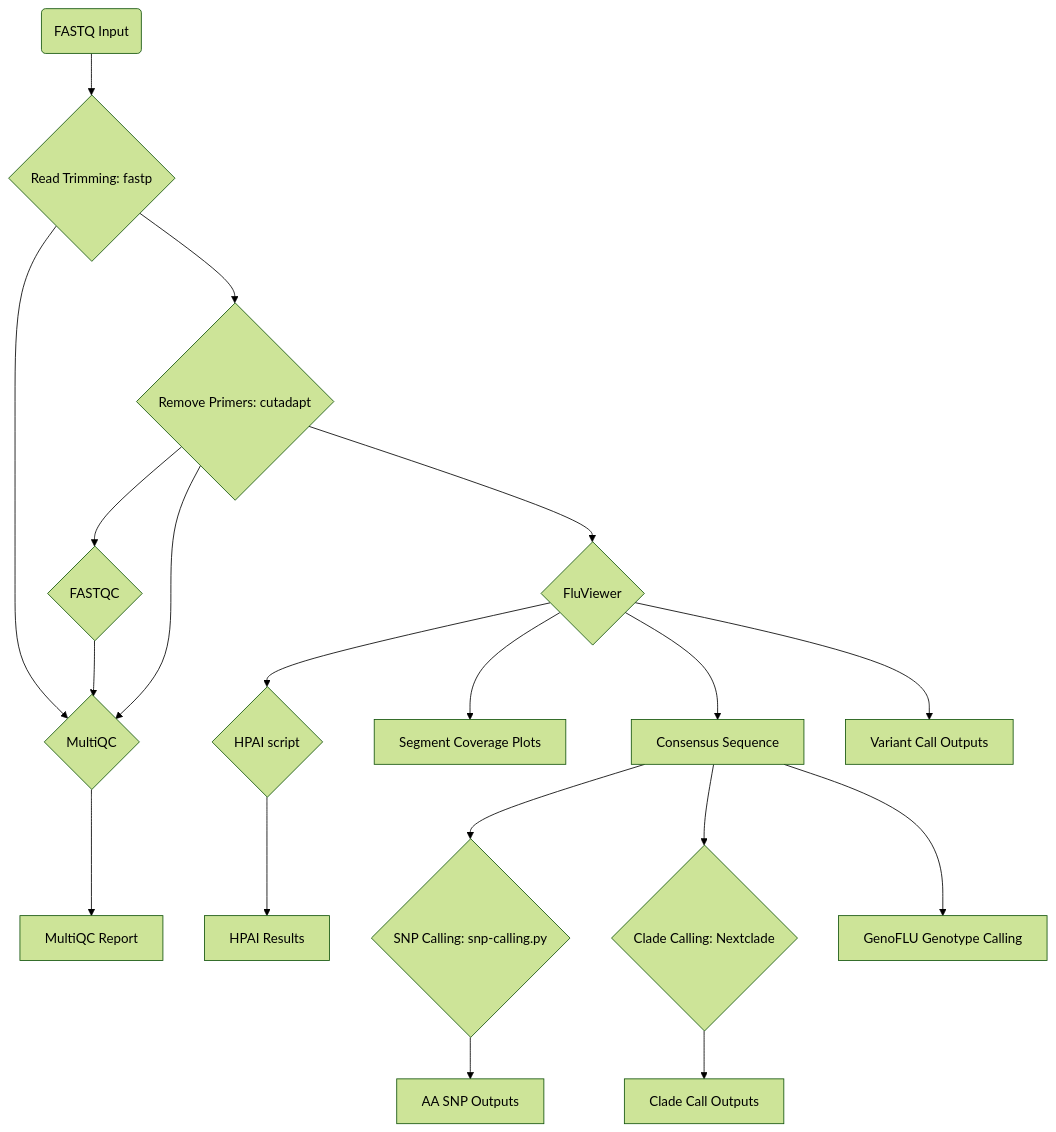
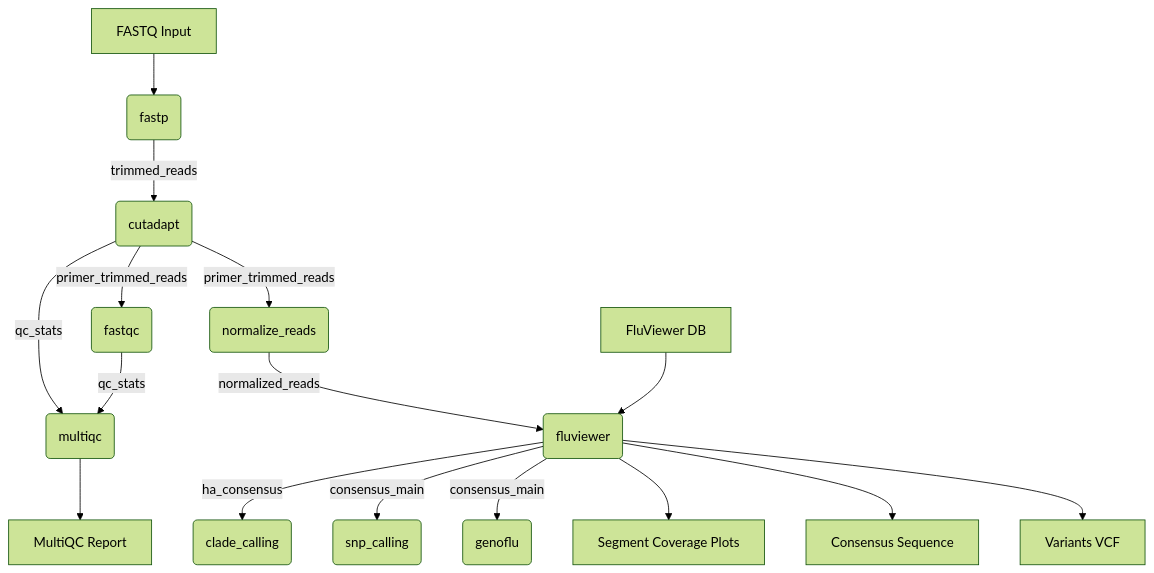
One commit to BCCDC-PHL/fluviewer-nf changed the diagram in README.md. Above: the diagram before and after it, drawn with Mermaid (forest theme). The commit also changed other lines of this file and 1 other file, not shown here.

````diff
--- a/README.md
+++ b/README.md
@@ -20,17 +20,18 @@
 ```mermaid
 flowchart TD
-  fastq(FASTQ Input) --> fastq_trimmed{Read Trimming: fastp}
-  fastq_trimmed --> primer_trimmed{Remove Primers: cutadapt}
-  fastq_trimmed --> MultiQC{MultiQC}
-  primer_trimmed --> FASTQC{FASTQC}
-  FASTQC --> MultiQC
-  primer_trimmed --> MultiQC --> MultiQC_report[MultiQC Report]
-  primer_trimmed --> FluViewer{FluViewer} 
-  FluViewer  --> HPAI{HPAI script} --> HPAI_result[HPAI Results]
-  FluViewer -->  Segcov[Segment Coverage Plots]
-  FluViewer --> Consensus[Consensus Sequence]
-  Consensus -->  SNPCaller{SNP Calling: snp-calling.py} --> SNPCalls[AA SNP Outputs]
-  Consensus -->  CladeCaller{Clade Calling: Nextclade} --> CladeCalls[Clade Call Outputs]
-  FluViewer --> VCF[Variant Call Outputs]
-  Consensus --> GenoFLU[GenoFLU Genotype Calling]
+  fastq_input[FASTQ Input] --> fastp(fastp)
+  fastp -- trimmed_reads --> cutadapt(cutadapt)
+  cutadapt -- qc_stats --> multiqc(multiqc)
+  cutadapt -- primer_trimmed_reads --> fastqc(fastqc)
+  fastqc -- qc_stats --> multiqc
+  multiqc --> multiqc_report[MultiQC Report]
+  cutadapt -- primer_trimmed_reads --> normalize_reads(normalize_reads)
+  normalize_reads -- normalized_reads --> fluviewer(fluviewer)
+  fluviewer_db[FluViewer DB] --> fluviewer
+  fluviewer  -- ha_consensus --> clade_calling(clade_calling)
+  fluviewer -- consensus_main --> snp_caling(snp_calling)
+  fluviewer -- consensus_main --> genoflu(genoflu)
+  fluviewer -->  segment_coverage_plots[Segment Coverage Plots]
+  fluviewer --> consensus_sequence[Consensus Sequence]
+  fluviewer --> variants[Variants VCF]
 ```
````
